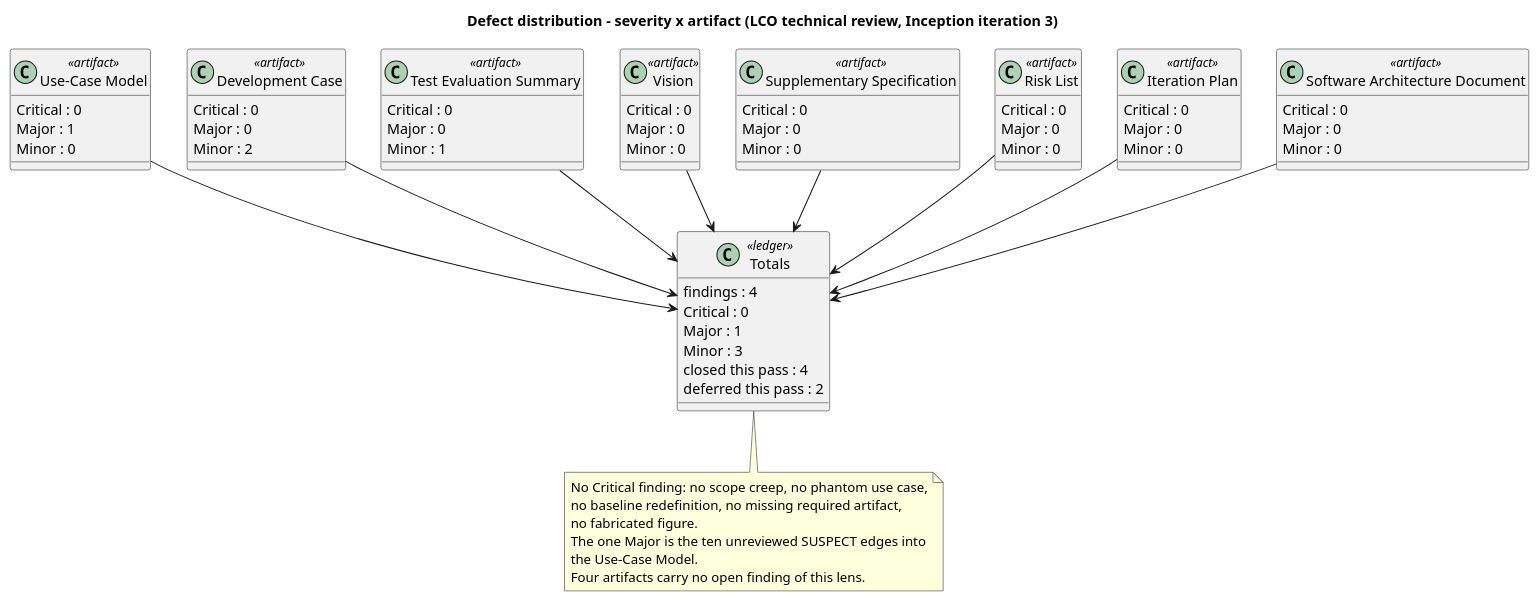
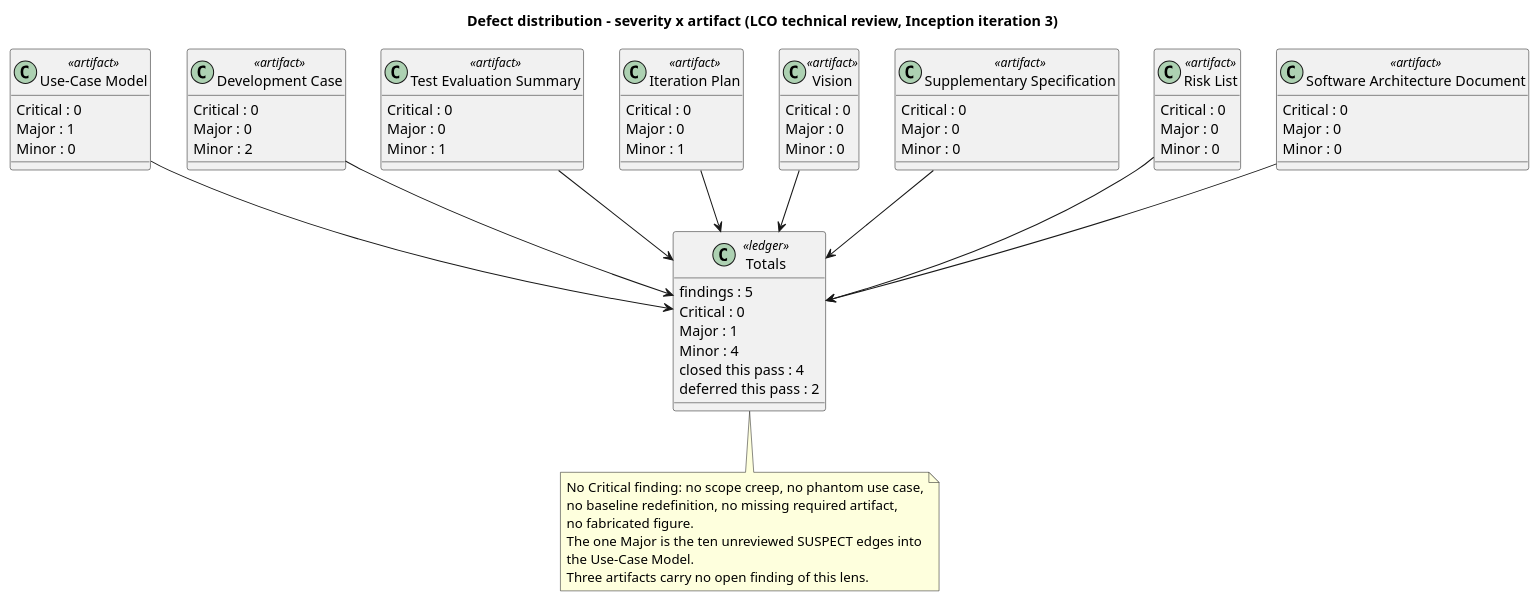
Before and after one commit to banense-test/portal: the sixth of 7 diagrams in docs/artifacts/project-management/review-record.md, drawn with PlantUML. The commit also changed other lines of this file, not shown here.

````diff
--- a/docs/artifacts/project-management/review-record.md
+++ b/docs/artifacts/project-management/review-record.md
@@ -474,74 +475,74 @@
 ```plantuml
 @startuml RR3_DefectDistribution
 title Defect distribution - severity x artifact (LCO technical review, Inception iteration 3)
 skinparam classAttributeIconSize 0
 
 class "Use-Case Model" as UCM <<artifact>> {
   Critical : 0
   Major : 1
   Minor : 0
 }
 class "Development Case" as DC <<artifact>> {
   Critical : 0
   Major : 0
   Minor : 2
 }
 class "Test Evaluation Summary" as TES <<artifact>> {
   Critical : 0
   Major : 0
   Minor : 1
 }
+class "Iteration Plan" as IP <<artifact>> {
+  Critical : 0
+  Major : 0
+  Minor : 1
+}
 class "Vision" as V <<artifact>> {
   Critical : 0
   Major : 0
   Minor : 0
 }
 class "Supplementary Specification" as SS <<artifact>> {
   Critical : 0
   Major : 0
   Minor : 0
 }
 class "Risk List" as RL <<artifact>> {
   Critical : 0
   Major : 0
   Minor : 0
 }
-class "Iteration Plan" as IP <<artifact>> {
-  Critical : 0
-  Major : 0
-  Minor : 0
-}
 class "Software Architecture Document" as SAD <<artifact>> {
   Critical : 0
   Major : 0
   Minor : 0
 }
 
 class "Totals" as T <<ledger>> {
-  findings : 4
+  findings : 5
   Critical : 0
   Major : 1
-  Minor : 3
+  Minor : 4
   closed this pass : 4
   deferred this pass : 2
 }
 
 UCM --> T
 DC --> T
 TES --> T
+IP --> T
 V --> T
 SS --> T
 RL --> T
-IP --> T
 SAD --> T
 
 note bottom of T
   No Critical finding: no scope creep, no phantom use case,
   no baseline redefinition, no missing required artifact,
   no fabricated figure.
   The one Major is the ten unreviewed SUSPECT edges into
   the Use-Case Model.
-  Four artifacts carry no open finding of this lens.
+  Three artifacts carry no open finding of this lens.
 end note
 @enduml
 ```
````
